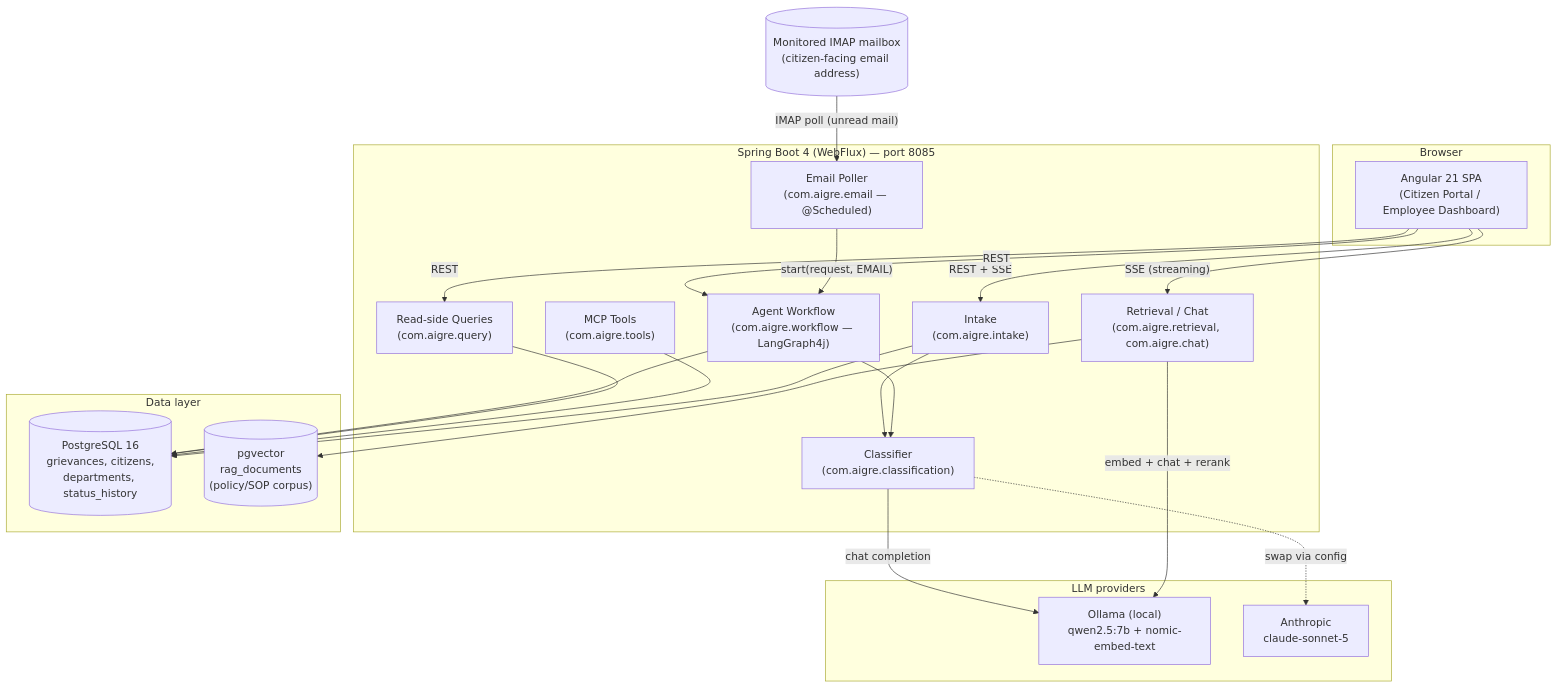
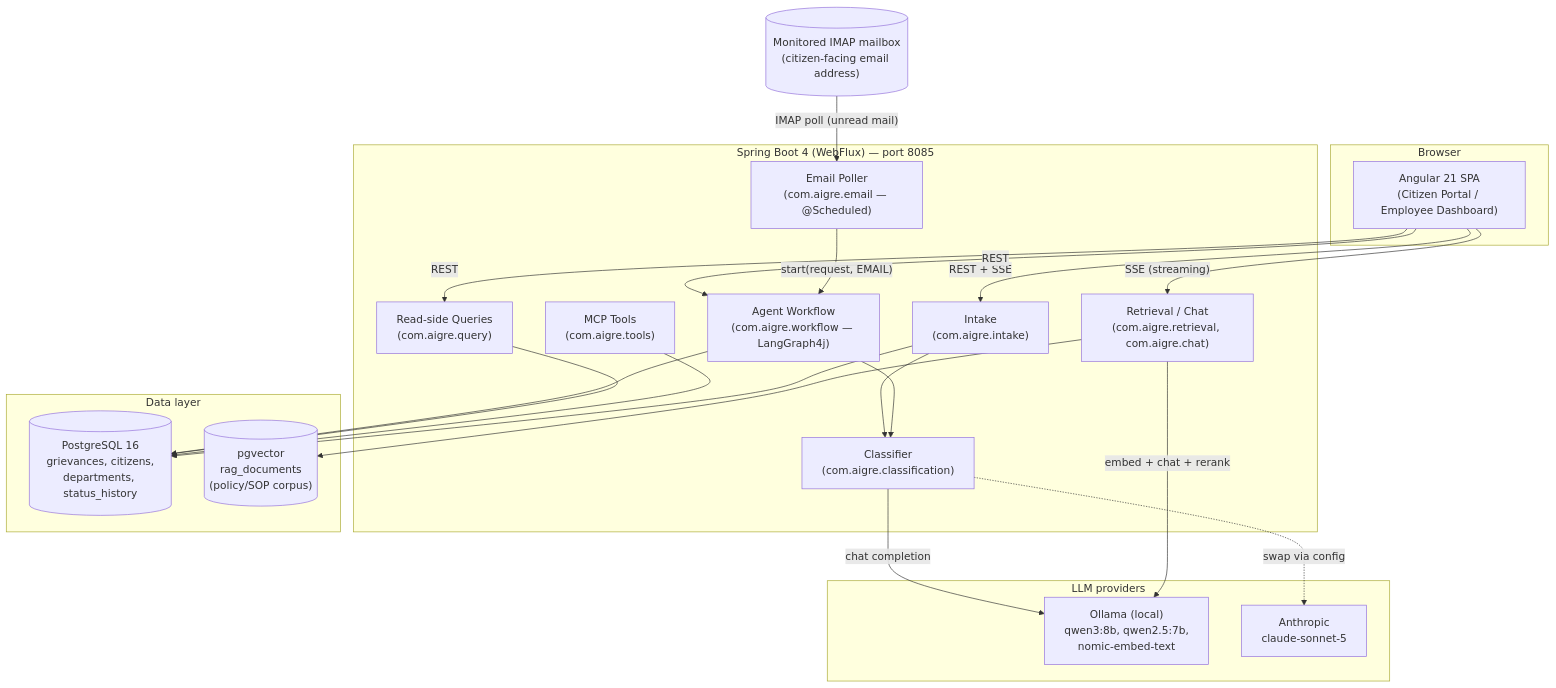
The diagram in README.md (srikanthkaushik/aigre), drawn with Mermaid before and after one commit. The commit also changed other lines of this file and 3 other files, not shown here.

````diff
--- a/README.md
+++ b/README.md
@@ -217,47 +218,47 @@
 ```mermaid
 flowchart TB
     subgraph Client["Browser"]
         FE["Angular 21 SPA<br/>(Citizen Portal / Employee Dashboard)"]
     end
 
     Mailbox[("Monitored IMAP mailbox<br/>(citizen-facing email address)")]
 
     subgraph Backend["Spring Boot 4 (WebFlux) — port 8085"]
         Intake["Intake<br/>(com.aigre.intake)"]
         Email["Email Poller<br/>(com.aigre.email — @Scheduled)"]
         Workflow["Agent Workflow<br/>(com.aigre.workflow — LangGraph4j)"]
         Classify["Classifier<br/>(com.aigre.classification)"]
         RAG["Retrieval / Chat<br/>(com.aigre.retrieval, com.aigre.chat)"]
         Query["Read-side Queries<br/>(com.aigre.query)"]
         MCP["MCP Tools<br/>(com.aigre.tools)"]
     end
 
     subgraph Data["Data layer"]
         PG[("PostgreSQL 16<br/>grievances, citizens,<br/>departments, status_history")]
         PGV[("pgvector<br/>rag_documents<br/>(policy/SOP corpus)")]
     end
 
     subgraph LLM["LLM providers"]
-        Ollama["Ollama (local)<br/>qwen2.5:7b + nomic-embed-text"]
+        Ollama["Ollama (local)<br/>qwen3:8b, qwen2.5:7b,<br/>nomic-embed-text"]
         Anthropic["Anthropic<br/>claude-sonnet-5"]
     end
 
     FE -- "REST + SSE" --> Intake
     FE -- "REST" --> Workflow
     FE -- "SSE (streaming)" --> RAG
     FE -- "REST" --> Query
     Mailbox -- "IMAP poll (unread mail)" --> Email
     Email -- "start(request, EMAIL)" --> Workflow
 
     Intake --> Classify
     Workflow --> Classify
     Workflow --> PG
     Classify -- "chat completion" --> Ollama
     Classify -. "swap via config" .-> Anthropic
     RAG --> PGV
     RAG -- "embed + chat + rerank" --> Ollama
     Query --> PG
     MCP --> PG
 
     Intake --> PG
 ```
````
